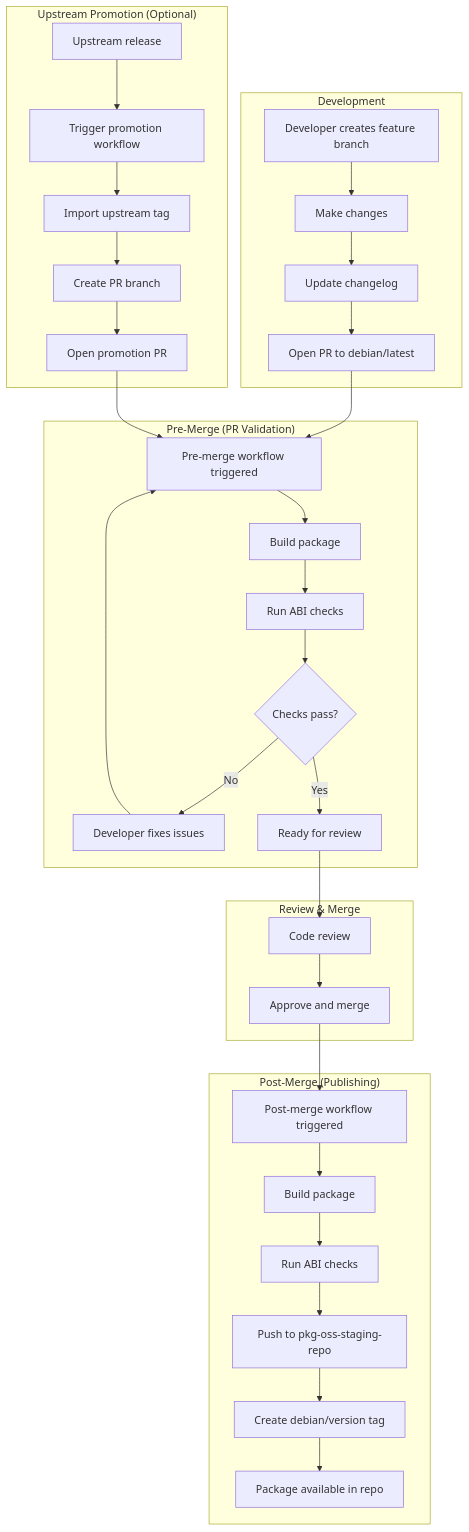
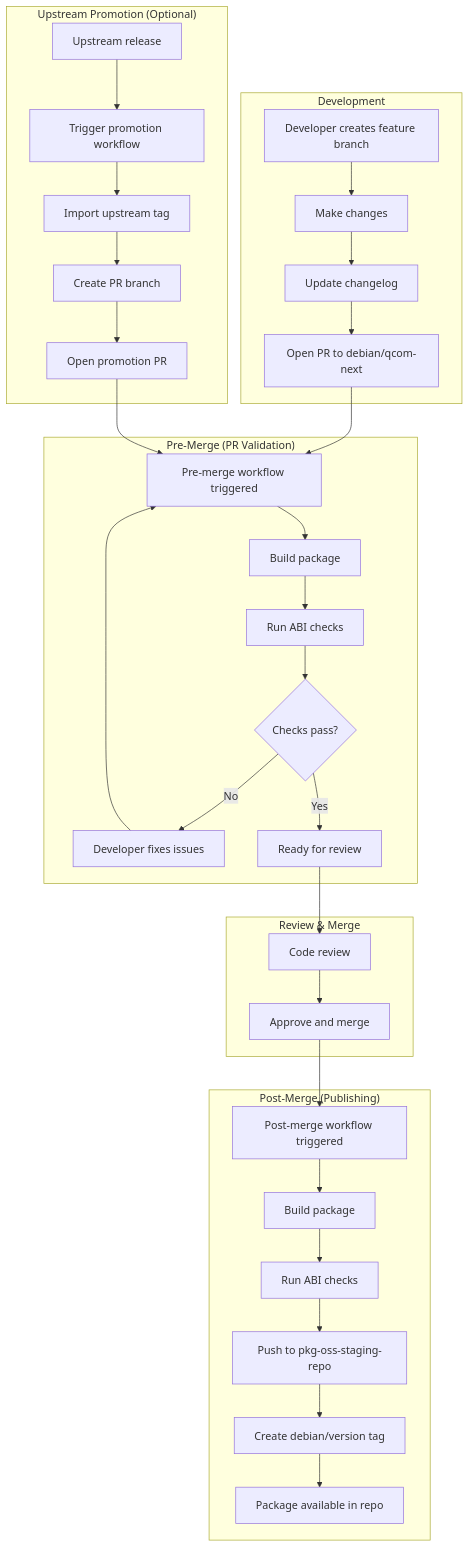
One commit to vemana1niranjan/qcom-build-utils changed the fourth of 4 diagrams in docs/package-repo-integration.md. Above: the diagram before and after it, drawn with Mermaid. The commit also changed other lines of this file and 6 other files, not shown here.

Commit message:
Update references from debian/latest to debian/qcom-next in workflows and documentation

````diff
--- a/docs/package-repo-integration.md
+++ b/docs/package-repo-integration.md
@@ -510,40 +510,40 @@
 ```mermaid
 flowchart TD
     subgraph "Development"
         A[Developer creates feature branch] --> B[Make changes]
         B --> C[Update changelog]
-        C --> D[Open PR to debian/latest]
+        C --> D[Open PR to debian/qcom-next]
     end
     
     subgraph "Pre-Merge (PR Validation)"
         D --> E[Pre-merge workflow triggered]
         E --> F[Build package]
         F --> G[Run ABI checks]
         G --> H{Checks pass?}
         H -->|No| I[Developer fixes issues]
         I --> E
         H -->|Yes| J[Ready for review]
     end
     
     subgraph "Review & Merge"
         J --> K[Code review]
         K --> L[Approve and merge]
     end
     
     subgraph "Post-Merge (Publishing)"
         L --> M[Post-merge workflow triggered]
         M --> N[Build package]
         N --> O[Run ABI checks]
         O --> P[Push to pkg-oss-staging-repo]
         P --> Q[Create debian/version tag]
         Q --> R[Package available in repo]
     end
     
     subgraph "Upstream Promotion (Optional)"
         S[Upstream release] --> T[Trigger promotion workflow]
         T --> U[Import upstream tag]
         U --> V[Create PR branch]
         V --> W[Open promotion PR]
         W --> E
     end
 ```
````
